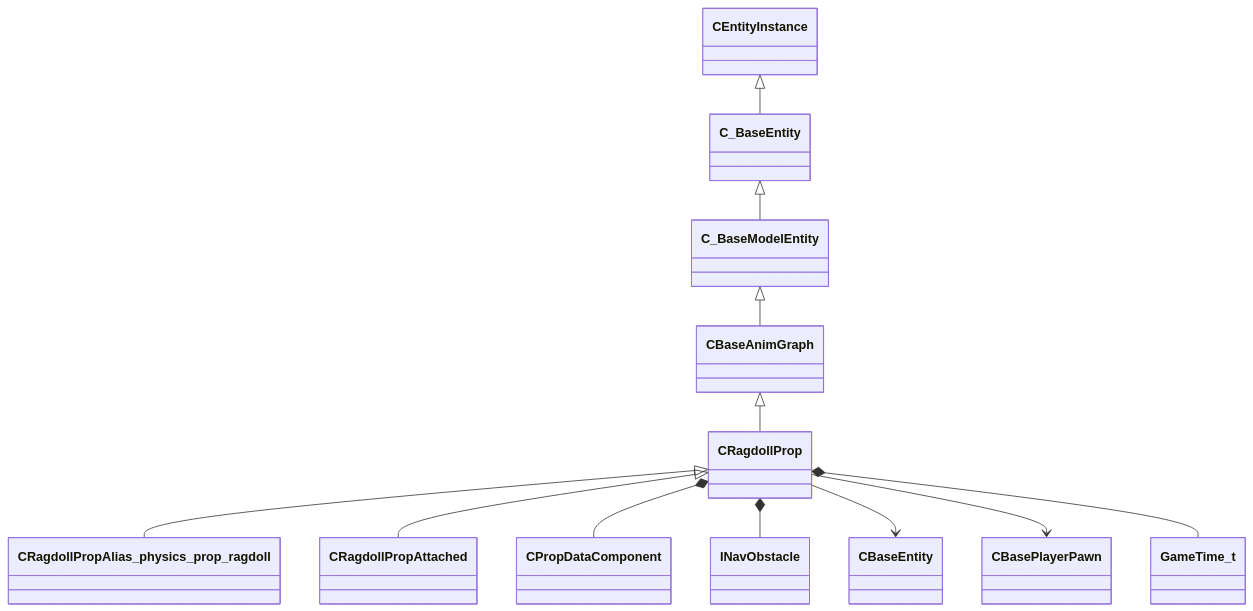
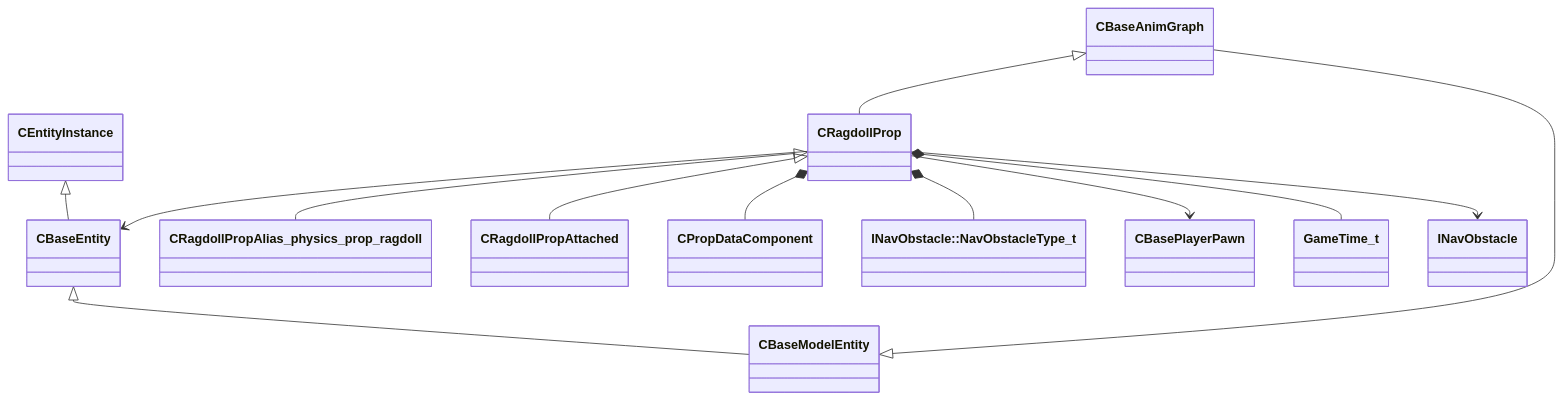
The diagram in docs/generated/schemas/server/CRagdollProp.md (CS2OpenDev/CS2OpenDev-Docs), drawn with Mermaid before and after one commit. The commit also changed other lines of this file and 4525 other files, not shown here.

````diff
--- a/docs/generated/schemas/server/CRagdollProp.md
+++ b/docs/generated/schemas/server/CRagdollProp.md
@@ -19,14 +21,15 @@
 ```mermaid
 classDiagram
     CBaseAnimGraph <|-- CRagdollProp
-    C_BaseModelEntity <|-- CBaseAnimGraph
-    C_BaseEntity <|-- C_BaseModelEntity
-    CEntityInstance <|-- C_BaseEntity
+    CBaseModelEntity <|-- CBaseAnimGraph
+    CBaseEntity <|-- CBaseModelEntity
+    CEntityInstance <|-- CBaseEntity
     CRagdollProp <|-- CRagdollPropAlias_physics_prop_ragdoll
     CRagdollProp <|-- CRagdollPropAttached
     CRagdollProp *-- CPropDataComponent
-    CRagdollProp *-- INavObstacle
+    CRagdollProp *-- `INavObstacle::NavObstacleType_t`
     CRagdollProp --> CBaseEntity
     CRagdollProp --> CBasePlayerPawn
     CRagdollProp *-- GameTime_t
+    CRagdollProp --> INavObstacle
 ```
````
